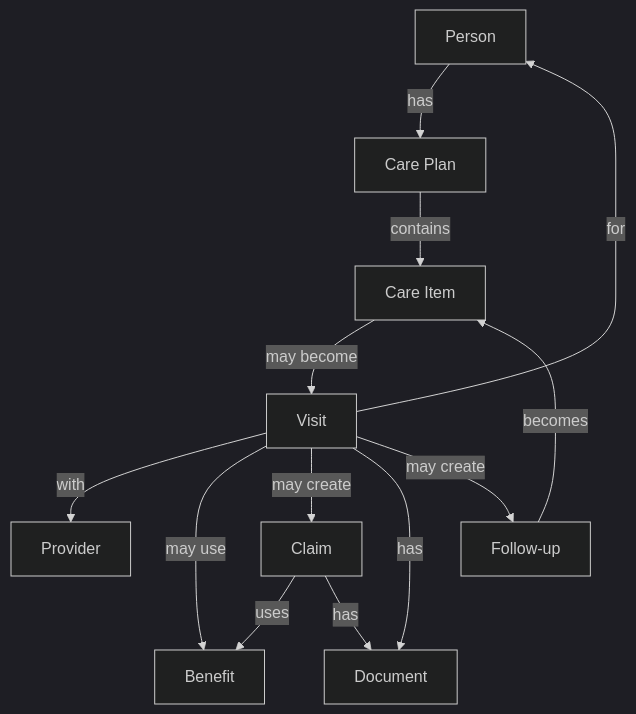
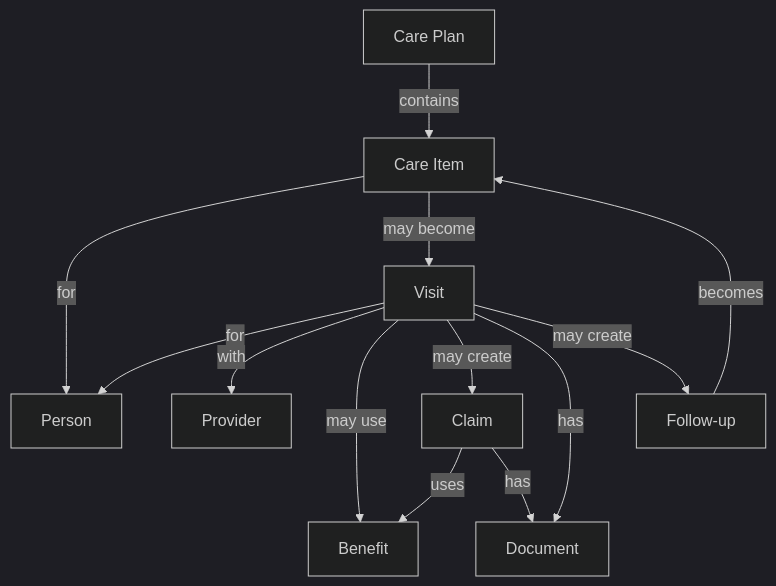
One commit to yourtoolshq/everyday changed the first of 6 diagrams in docs/DOMAIN.md. Above: the diagram before and after it, drawn with Mermaid (dark theme). The commit also changed other lines of this file and 23 other files, not shown here.

Commit message:
Build care plan planning workflow

````diff
--- a/docs/DOMAIN.md
+++ b/docs/DOMAIN.md
@@ -18,34 +18,34 @@
 ```mermaid
 flowchart TD
     Person[Person]
 
     CarePlan[Care Plan]
     CareItem[Care Item]
 
     Visit[Visit]
     Provider[Provider]
 
     Benefit[Benefit]
     Claim[Claim]
 
     Document[Document]
     FollowUp[Follow-up]
 
-    Person -->|has| CarePlan
     CarePlan -->|contains| CareItem
+    CareItem -->|for| Person
 
     CareItem -->|may become| Visit
 
     Visit -->|for| Person
     Visit -->|with| Provider
 
     Visit -->|may use| Benefit
     Visit -->|may create| Claim
     Claim -->|uses| Benefit
 
     Visit -->|has| Document
     Claim -->|has| Document
 
     Visit -->|may create| FollowUp
     FollowUp -->|becomes| CareItem
 ```
````
